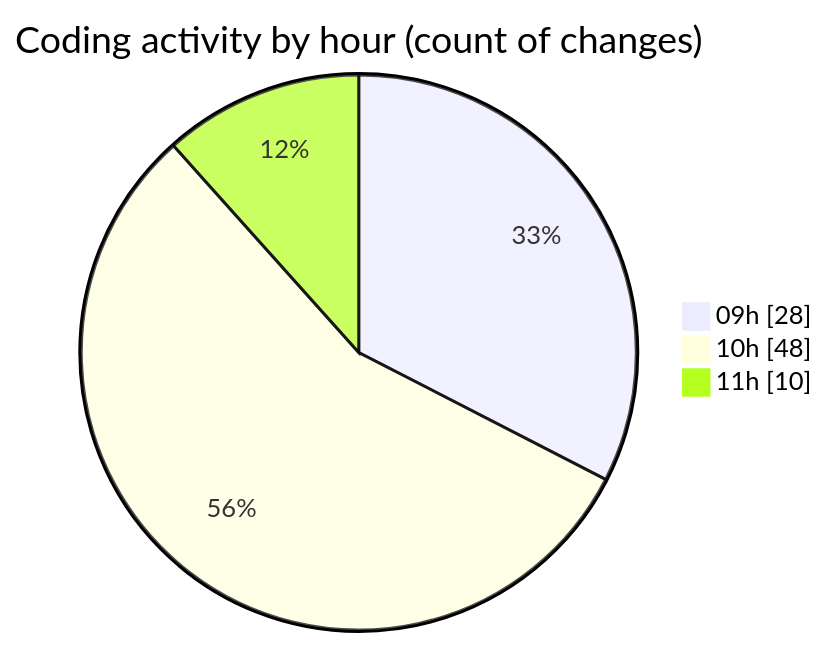
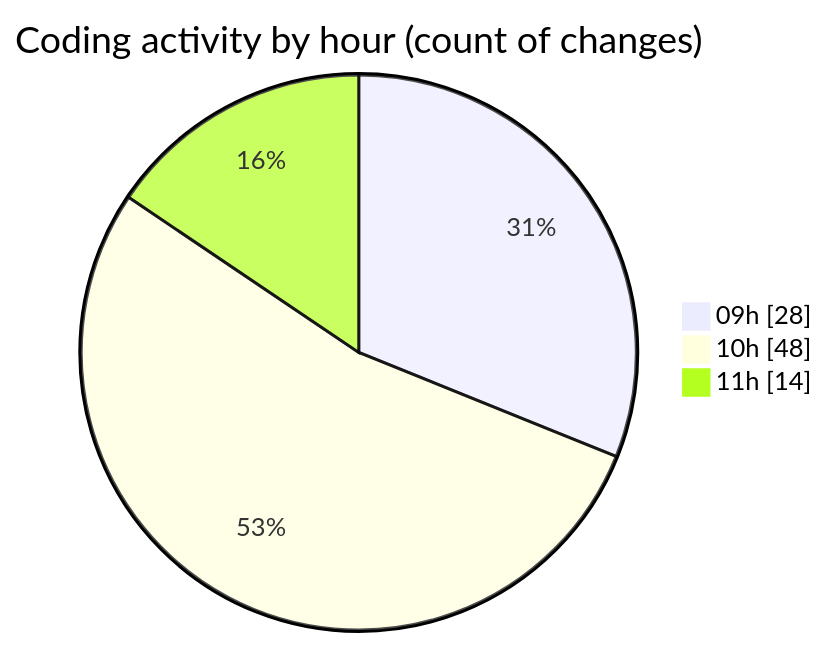
One commit to momahboobian/code-tracking changed the second of 2 diagrams in 2026-07-30/cda/README.md. Above: the diagram before and after it, drawn with Mermaid. The commit also changed other lines of this file and 1 other file, not shown here.

````diff
--- a/2026-07-30/cda/README.md
+++ b/2026-07-30/cda/README.md
@@ -58,7 +58,7 @@
 ```mermaid
 pie showData
 title Coding activity by hour (count of changes)
 "09h" : 28
 "10h" : 48
-"11h" : 10
+"11h" : 14
 ```
````
